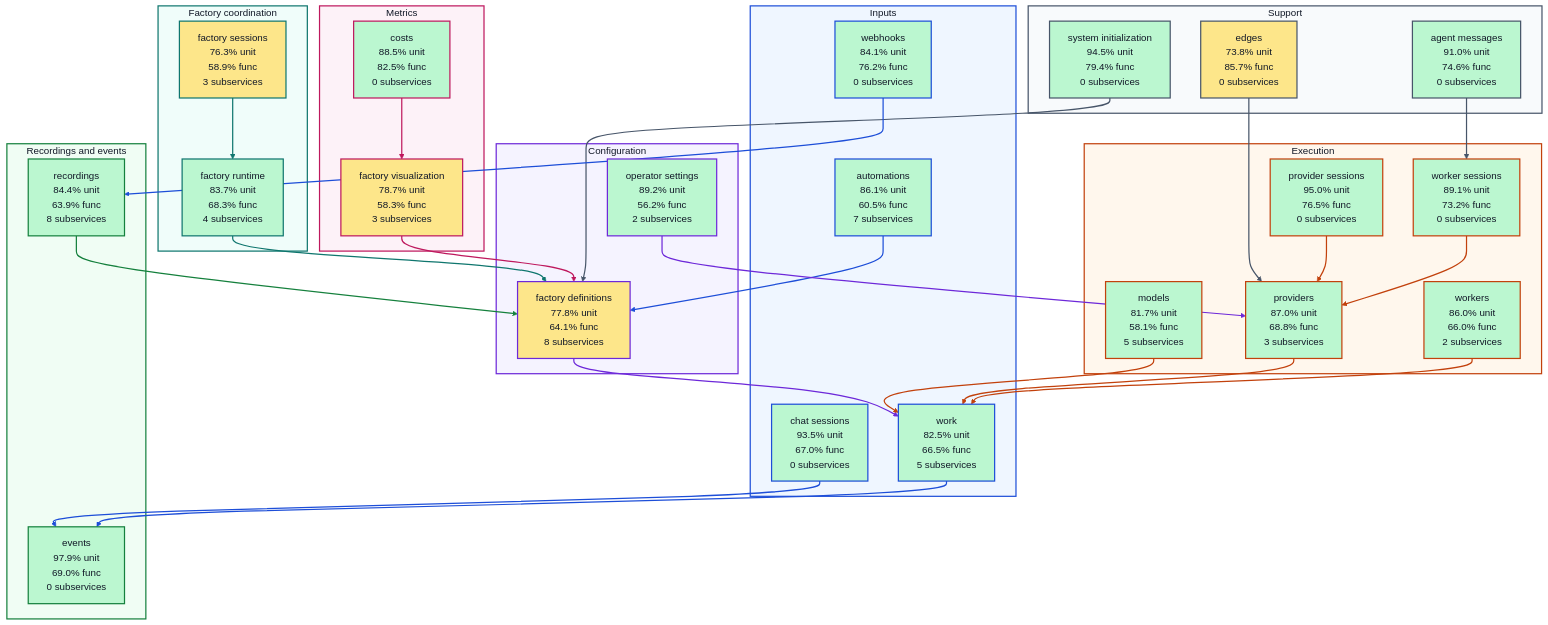
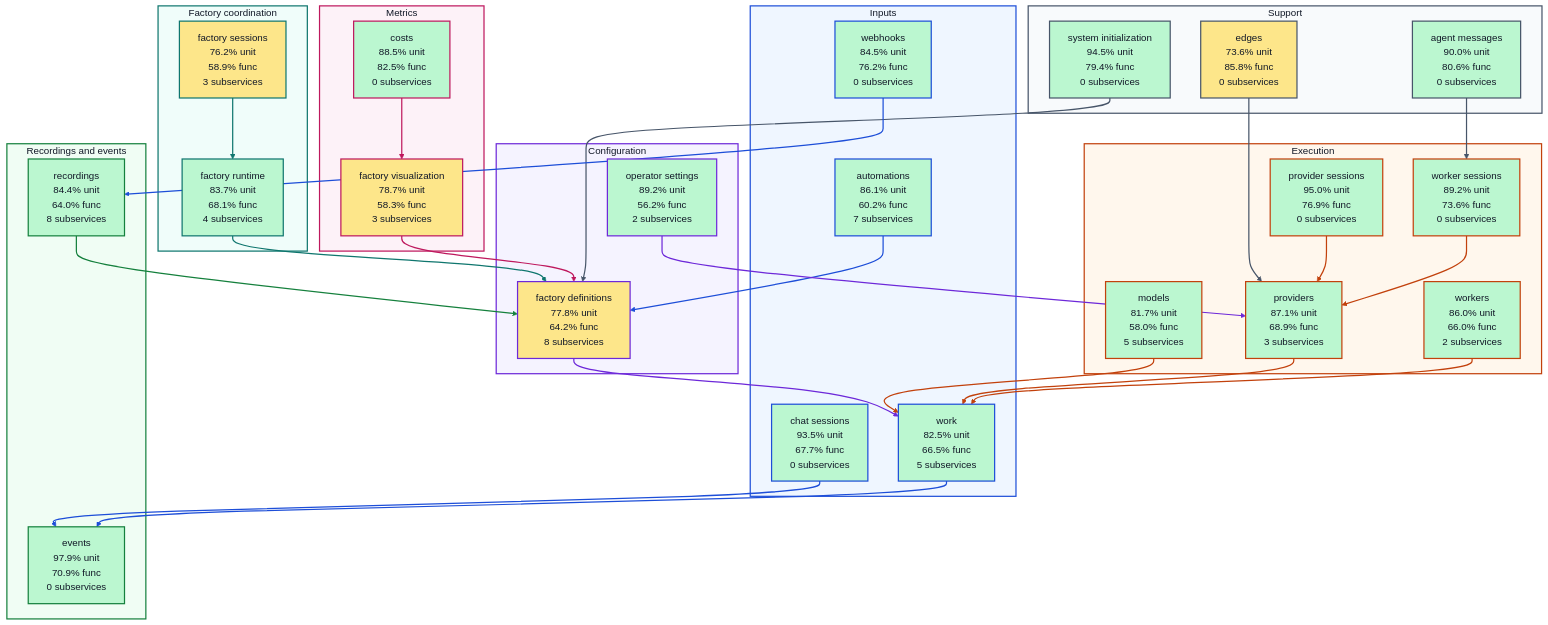
Before and after one commit to portpowered/you-agent-factory: the diagram in docs/architecture/visualizations/high-level-test-coverage.md, drawn with Mermaid. The commit also changed other lines of this file and 21 other files, not shown here.

Commit message:
docs: refresh backend architecture visualizations

````diff
--- a/docs/architecture/visualizations/high-level-test-coverage.md
+++ b/docs/architecture/visualizations/high-level-test-coverage.md
@@ -11,37 +11,37 @@
 ```mermaid
 flowchart TB
   subgraph input["Inputs"]
-    s_services_automations["automations<br/>86.1% unit<br/>60.5% func<br/>7 subservices"]
-    s_services_chat_sessions["chat sessions<br/>93.5% unit<br/>67.0% func<br/>0 subservices"]
-    s_services_webhooks["webhooks<br/>84.1% unit<br/>76.2% func<br/>0 subservices"]
+    s_services_automations["automations<br/>86.1% unit<br/>60.2% func<br/>7 subservices"]
+    s_services_chat_sessions["chat sessions<br/>93.5% unit<br/>67.7% func<br/>0 subservices"]
+    s_services_webhooks["webhooks<br/>84.5% unit<br/>76.2% func<br/>0 subservices"]
     s_services_work["work<br/>82.5% unit<br/>66.5% func<br/>5 subservices"]
   end
   subgraph configuration["Configuration"]
-    s_services_factory_definitions["factory definitions<br/>77.8% unit<br/>64.1% func<br/>8 subservices"]
+    s_services_factory_definitions["factory definitions<br/>77.8% unit<br/>64.2% func<br/>8 subservices"]
     s_services_operator_settings["operator settings<br/>89.2% unit<br/>56.2% func<br/>2 subservices"]
   end
   subgraph coordination["Factory coordination"]
-    s_services_factory_runtime["factory runtime<br/>83.7% unit<br/>68.3% func<br/>4 subservices"]
-    s_services_factory_sessions["factory sessions<br/>76.3% unit<br/>58.9% func<br/>3 subservices"]
+    s_services_factory_runtime["factory runtime<br/>83.7% unit<br/>68.1% func<br/>4 subservices"]
+    s_services_factory_sessions["factory sessions<br/>76.2% unit<br/>58.9% func<br/>3 subservices"]
   end
   subgraph execution["Execution"]
-    s_services_models["models<br/>81.7% unit<br/>58.1% func<br/>5 subservices"]
-    s_services_provider_sessions["provider sessions<br/>95.0% unit<br/>76.5% func<br/>0 subservices"]
-    s_services_providers["providers<br/>87.0% unit<br/>68.8% func<br/>3 subservices"]
-    s_services_worker_sessions["worker sessions<br/>89.1% unit<br/>73.2% func<br/>0 subservices"]
+    s_services_models["models<br/>81.7% unit<br/>58.0% func<br/>5 subservices"]
+    s_services_provider_sessions["provider sessions<br/>95.0% unit<br/>76.9% func<br/>0 subservices"]
+    s_services_providers["providers<br/>87.1% unit<br/>68.9% func<br/>3 subservices"]
+    s_services_worker_sessions["worker sessions<br/>89.2% unit<br/>73.6% func<br/>0 subservices"]
     s_services_workers["workers<br/>86.0% unit<br/>66.0% func<br/>2 subservices"]
   end
   subgraph recordings["Recordings and events"]
-    s_services_events["events<br/>97.9% unit<br/>69.0% func<br/>0 subservices"]
-    s_services_recordings["recordings<br/>84.4% unit<br/>63.9% func<br/>8 subservices"]
+    s_services_events["events<br/>97.9% unit<br/>70.9% func<br/>0 subservices"]
+    s_services_recordings["recordings<br/>84.4% unit<br/>64.0% func<br/>8 subservices"]
   end
   subgraph metrics["Metrics"]
     s_services_costs["costs<br/>88.5% unit<br/>82.5% func<br/>0 subservices"]
     s_services_factory_visualization["factory visualization<br/>78.7% unit<br/>58.3% func<br/>3 subservices"]
   end
   subgraph support["Support"]
-    s_services_agent_messages["agent messages<br/>91.0% unit<br/>74.6% func<br/>0 subservices"]
-    s_services_edges["edges<br/>73.8% unit<br/>85.7% func<br/>0 subservices"]
+    s_services_agent_messages["agent messages<br/>90.0% unit<br/>80.6% func<br/>0 subservices"]
+    s_services_edges["edges<br/>73.6% unit<br/>85.8% func<br/>0 subservices"]
     s_services_system_initialization["system initialization<br/>94.5% unit<br/>79.4% func<br/>0 subservices"]
   end
   s_services_agent_messages --> s_services_worker_sessions
````
